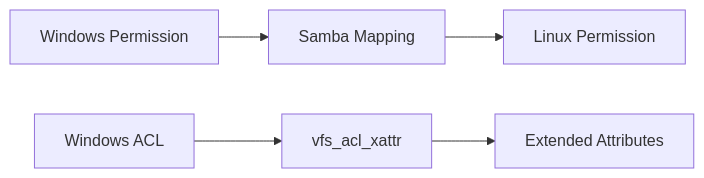
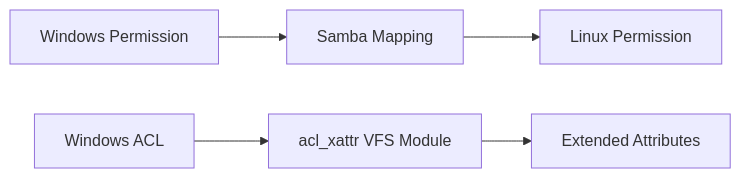
The diagram in posts/2026-03-04-share-directories-windows-samba-rhel-9/README.md (OneUptime/blog), drawn with Mermaid before and after one commit. The commit also changed other lines of this file and 875 other files, not shown here.

````diff
--- a/posts/2026-03-04-share-directories-windows-samba-rhel-9/README.md
+++ b/posts/2026-03-04-share-directories-windows-samba-rhel-9/README.md
@@ -82,7 +86,7 @@
 ```mermaid
 graph LR
     W[Windows Permission] --> S[Samba Mapping]
     S --> L[Linux Permission]
-    W2[Windows ACL] --> S2[vfs_acl_xattr]
+    W2[Windows ACL] --> S2[acl_xattr VFS Module]
     S2 --> X[Extended Attributes]
 ```
````
